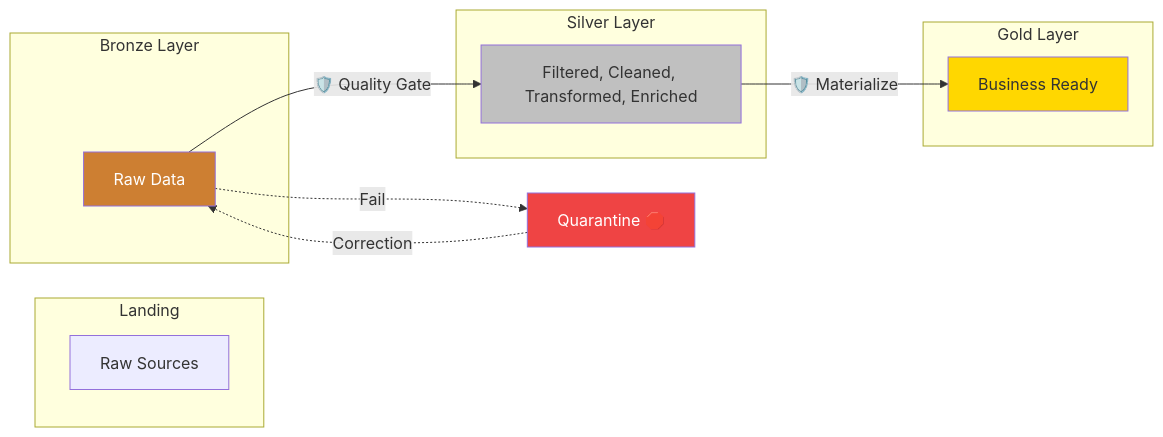
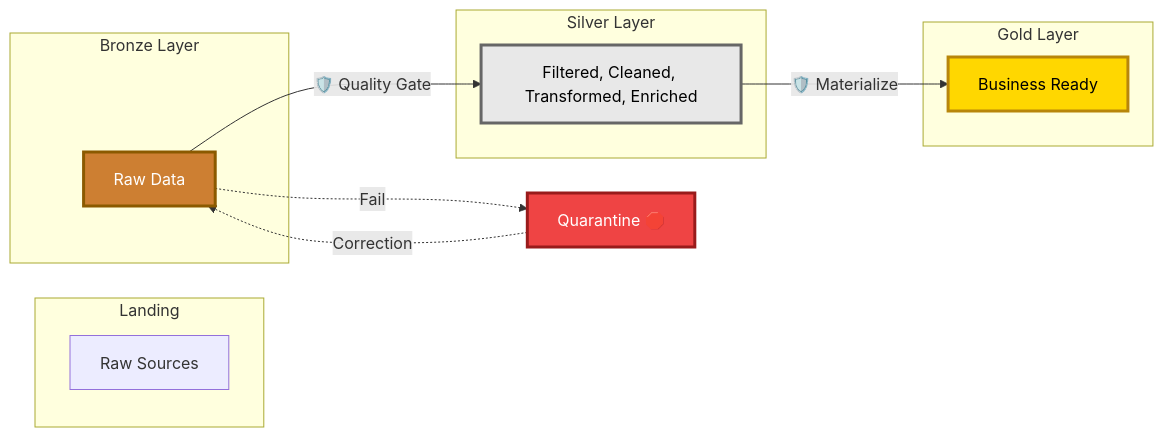
Before and after one commit to LakeLogic/LakeLogic: the diagram in docs/concepts.md, drawn with Mermaid. The commit also changed 8 other files, not shown here.

````diff
--- a/docs/concepts.md
+++ b/docs/concepts.md
@@ -5,29 +5,29 @@
 ```mermaid
 graph LR
     subgraph "Landing"
         A[Raw Sources]
     end
 
     subgraph "Bronze Layer"
         B[Raw Data]
     end
 
     subgraph "Silver Layer"
         C[Filtered, Cleaned, Transformed, Enriched]
     end
 
     subgraph "Gold Layer"
         D[Business Ready]
     end
 
     B -->|🛡️ Quality Gate| C
     C -->|🛡️ Materialize| D
     
     B -.->|Fail| Q[Quarantine 🛑]
     Q -.->|Correction| B
     
-    style B fill:#cd7f32,color:#fff
-    style C fill:#c0c0c0,color:#333
-    style D fill:#ffd700,color:#333
-    style Q fill:#ef4444,color:#fff
+    style B fill:#cd7f32,stroke:#8b5a00,color:#fff,stroke-width:3px
+    style C fill:#e8e8e8,stroke:#666,color:#000,stroke-width:3px
+    style D fill:#ffd700,stroke:#b8860b,color:#000,stroke-width:3px
+    style Q fill:#ef4444,stroke:#991b1b,color:#fff,stroke-width:3px
 ```
````
